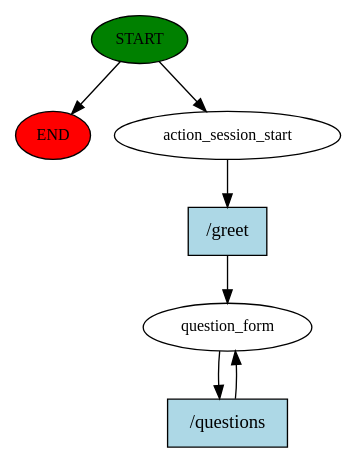
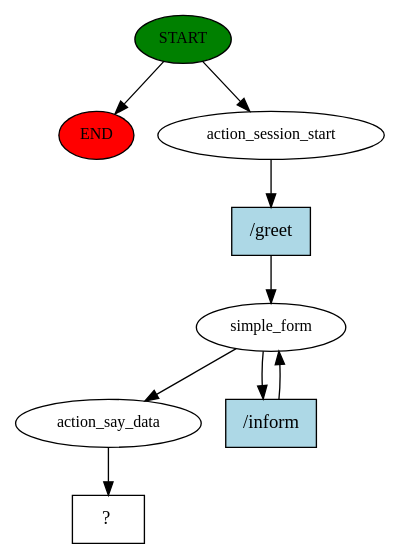
Before and after one commit to Digvijayphutane-NEOSOFT/RASA_sample: the diagram in story_graph.dot, drawn with Graphviz. The commit also changed 7 other files, not shown here.

```diff
--- a/story_graph.dot
+++ b/story_graph.dot
@@ -1,14 +1,18 @@
 digraph  {
 0 [class="start active", fillcolor=green, fontsize=12, label=START, style=filled];
 "-1" [class=end, fillcolor=red, fontsize=12, label=END, style=filled];
 1 [class=active, fontsize=12, label=action_session_start];
-2 [class="active dashed", fontsize=12, label=question_form];
-4 [class="intent active", fillcolor=lightblue, label="/greet", shape=rect, style=filled];
-5 [class="intent active", fillcolor=lightblue, label="/questions", shape=rect, style=filled];
+2 [class=active, fontsize=12, label=simple_form];
+6 [class=active, fontsize=12, label=action_say_data];
+7 [class="intent dashed active", label="  ?  ", shape=rect];
+8 [class="intent active", fillcolor=lightblue, label="/greet", shape=rect, style=filled];
+9 [class="intent active", fillcolor=lightblue, label="/inform", shape=rect, style=filled];
 0 -> "-1"  [class="", key=NONE, label=""];
 0 -> 1  [class=active, key=NONE, label=""];
-1 -> 4  [class=active, key=0];
-2 -> 5  [class=active, key=0];
-4 -> 2  [class=active, key=0];
-5 -> 2  [class=active, key=0];
+1 -> 8  [class=active, key=0];
+2 -> 6  [class=active, key=NONE, label=""];
+2 -> 9  [class=active, key=0];
+6 -> 7  [class=active, key=NONE, label=""];
+8 -> 2  [class=active, key=0];
+9 -> 2  [class=active, key=0];
 }
```
